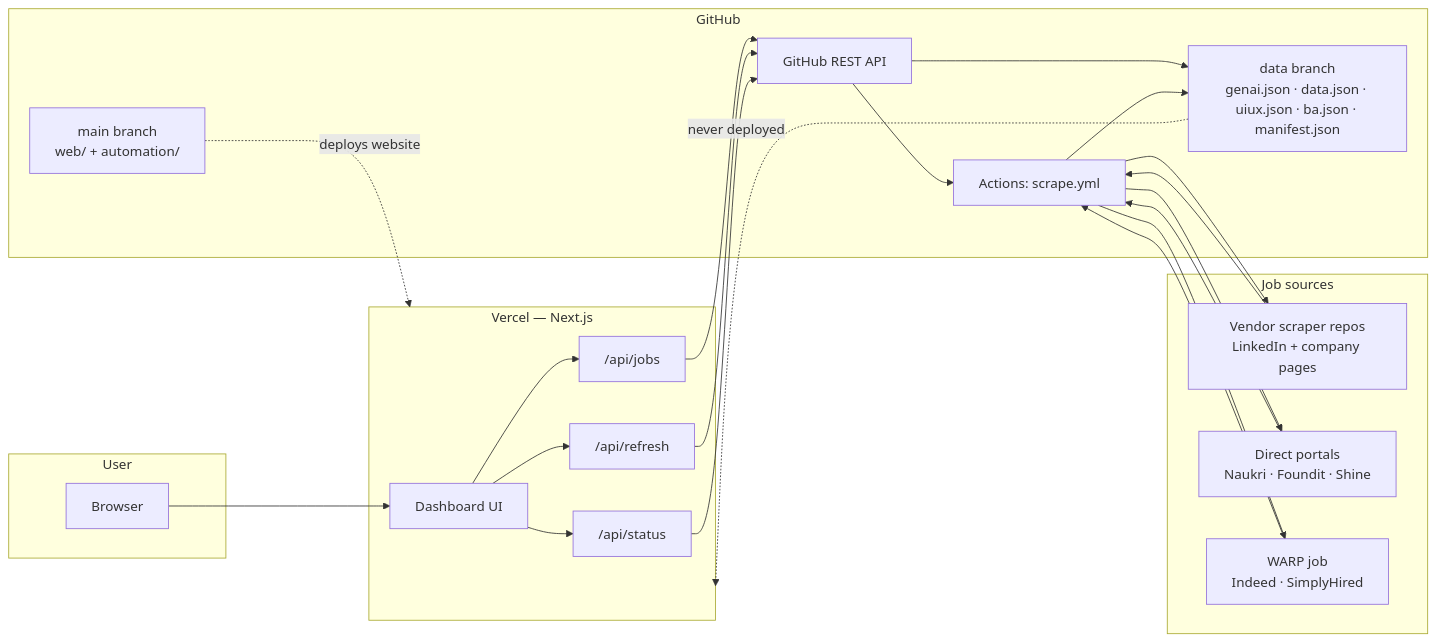
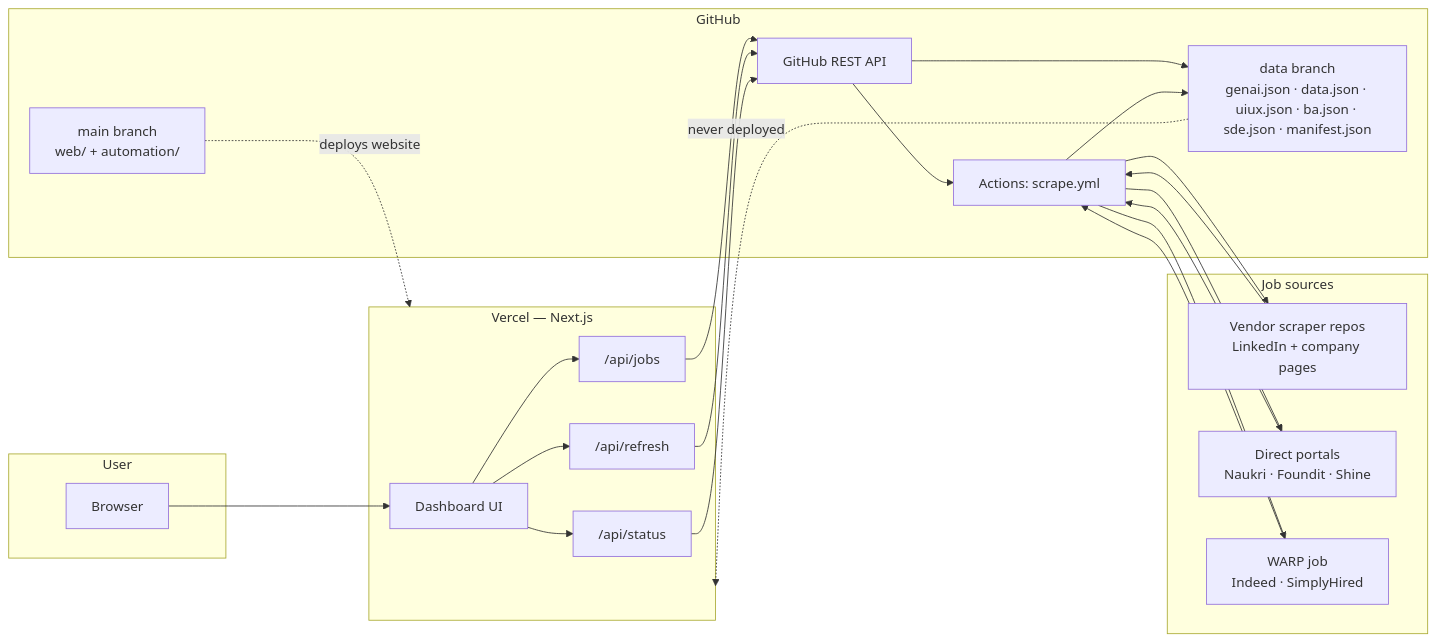
One commit to Dilip457/jobhunt-hub changed the first of 3 diagrams in docs/ARCHITECTURE.md. Above: the diagram before and after it, drawn with Mermaid. The commit also changed other lines of this file and 17 other files, not shown here.

````diff
--- a/docs/ARCHITECTURE.md
+++ b/docs/ARCHITECTURE.md
@@ -63,45 +63,45 @@
 ```mermaid
 flowchart LR
     subgraph User["User"]
         B["Browser"]
     end
 
     subgraph Vercel["Vercel — Next.js"]
         UI["Dashboard UI"]
         JOBS["/api/jobs"]
         REFRESH["/api/refresh"]
         STATUS["/api/status"]
     end
 
     subgraph GitHub["GitHub"]
         API["GitHub REST API"]
         ACTIONS["Actions: scrape.yml"]
-        DATA["data branch<br/>genai.json · data.json · uiux.json · ba.json · manifest.json"]
+        DATA["data branch<br/>genai.json · data.json · uiux.json · ba.json · sde.json · manifest.json"]
         MAIN["main branch<br/>web/ + automation/"]
     end
 
     subgraph Sources["Job sources"]
         VENDOR["Vendor scraper repos<br/>LinkedIn + company pages"]
         PORTALS["Direct portals<br/>Naukri · Foundit · Shine"]
         WARP["WARP job<br/>Indeed · SimplyHired"]
     end
 
     B --> UI
     UI --> JOBS
     UI --> REFRESH
     UI --> STATUS
     JOBS --> API
     API --> DATA
     REFRESH --> API
     API --> ACTIONS
     STATUS --> API
     ACTIONS --> VENDOR
     ACTIONS --> PORTALS
     ACTIONS --> WARP
     VENDOR --> ACTIONS
     PORTALS --> ACTIONS
     WARP --> ACTIONS
     ACTIONS --> DATA
     MAIN -. "deploys website" .-> Vercel
     DATA -. "never deployed" .-> Vercel
 ```
````
